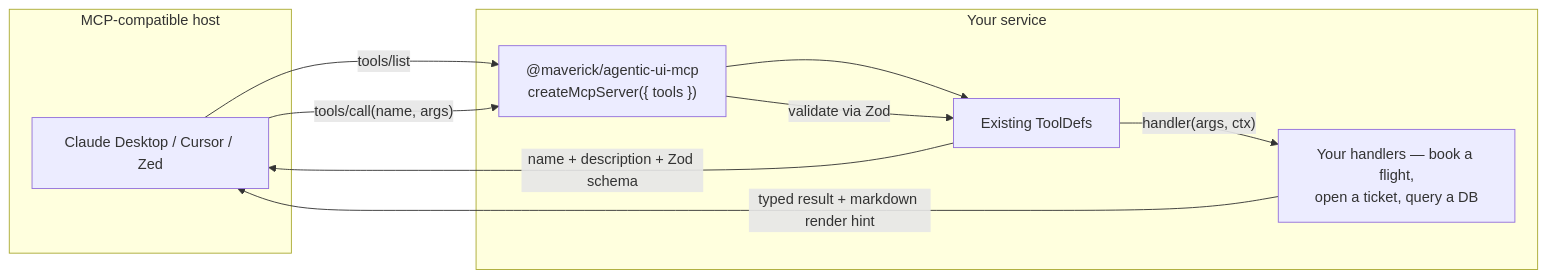
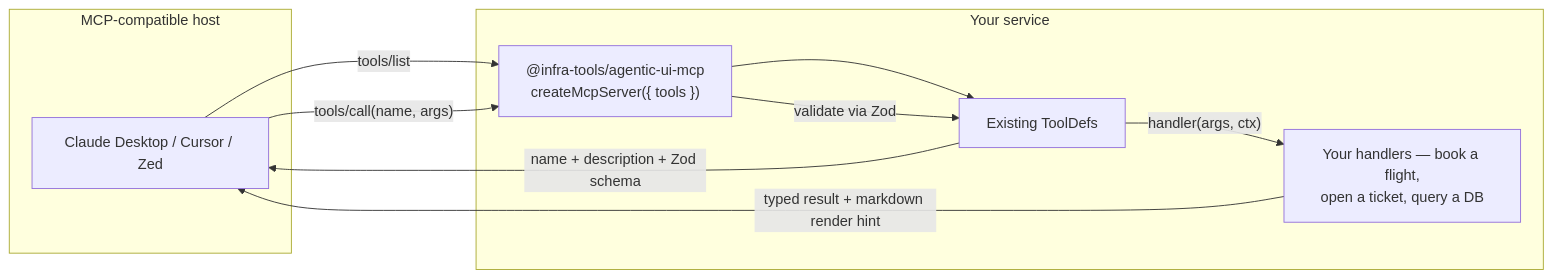
One commit to sahassakhare/agentic-ui changed the diagram in docs/cookbook/mcp-server.md. Above: the diagram before and after it, drawn with Mermaid. The commit also changed other lines of this file and 260 other files, not shown here.

First line of the commit message:
chore: rename npm scope from @maverick to @infra-tools

````diff
--- a/docs/cookbook/mcp-server.md
+++ b/docs/cookbook/mcp-server.md
@@ -8,19 +8,19 @@
 ```mermaid
 flowchart LR
     subgraph "MCP-compatible host"
       A[Claude Desktop / Cursor / Zed]
     end
     subgraph "Your service"
-      B["@maverick/agentic-ui-mcp<br/>createMcpServer({ tools })"]
+      B["@infra-tools/agentic-ui-mcp<br/>createMcpServer({ tools })"]
       C[Existing ToolDefs]
       D[Your handlers — book a flight,<br/>open a ticket, query a DB]
     end
     A -- "tools/list" --> B
     B --> C
     C -- name + description + Zod schema --> A
 
     A -- "tools/call(name, args)" --> B
     B -- validate via Zod --> C
     C -- "handler(args, ctx)" --> D
     D -- typed result + markdown render hint --> A
 ```
````
